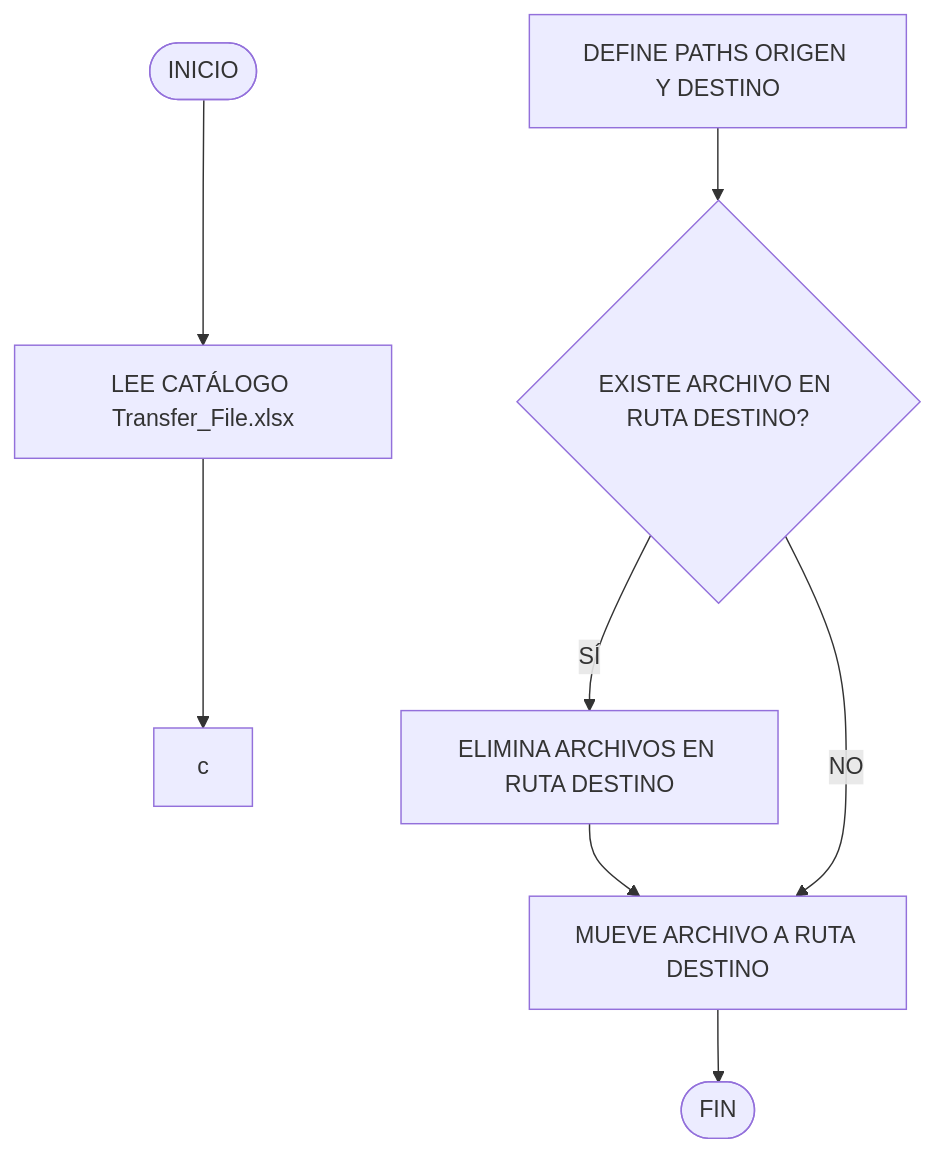
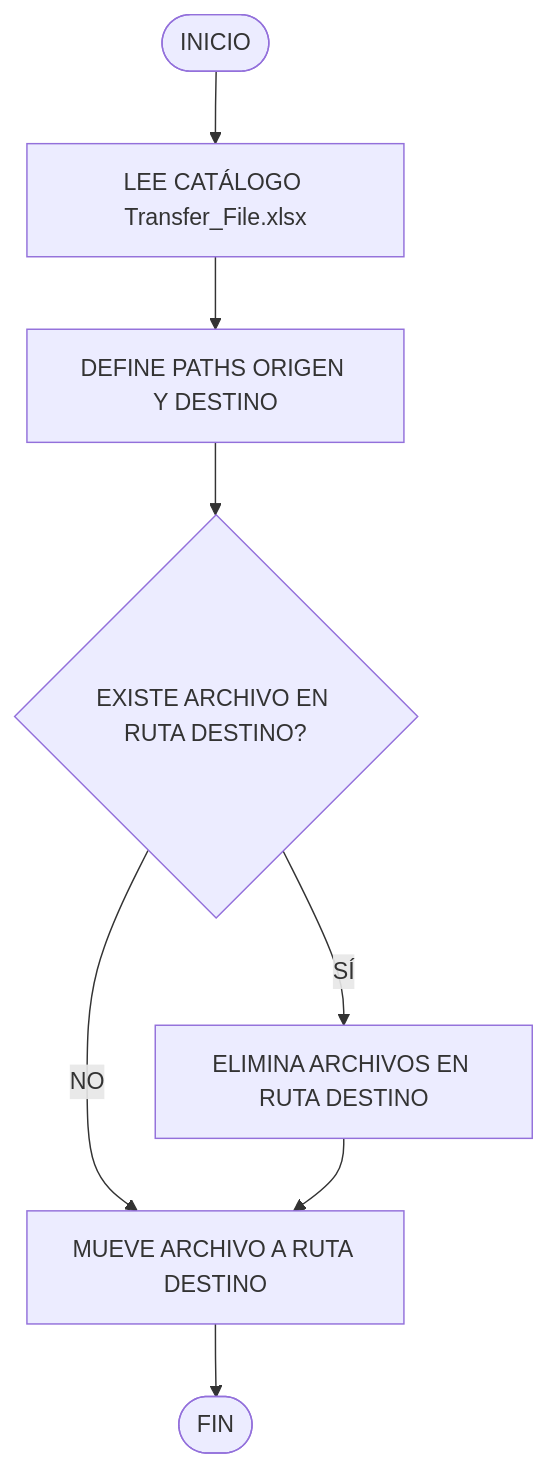
The third of 3 diagrams in README.md (Servidor-MX1-Producto/000_FMT_GLOBAL), drawn with Mermaid before and after one commit.

Commit message:
MG: Error en sintaxis solucionado p2

````diff
--- a/README.md
+++ b/README.md
@@ -111,19 +111,19 @@
 ```mermaid
 flowchart TD
 A([INICIO])
 B[LEE CATÁLOGO Transfer_File.xlsx]
 C[DEFINE PATHS ORIGEN Y DESTINO]
 D{EXISTE ARCHIVO EN RUTA DESTINO?}
 DY[ELIMINA ARCHIVOS EN RUTA DESTINO]
 E[MUEVE ARCHIVO A RUTA DESTINO]
 F([FIN])
 
 
 A --> B
-B --> c
+B --> C
 C --> D
 D --> |SÍ| DY
 D --> |NO| E
 DY --> E
 E --> F
 ```
````
